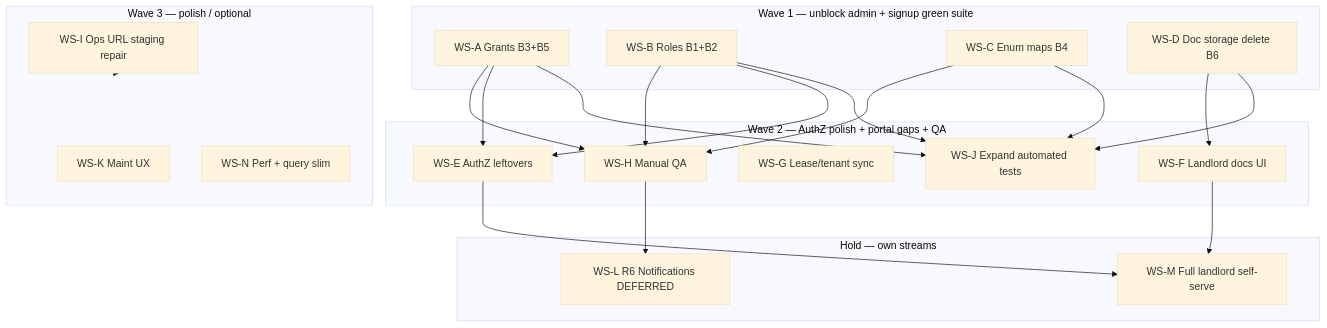
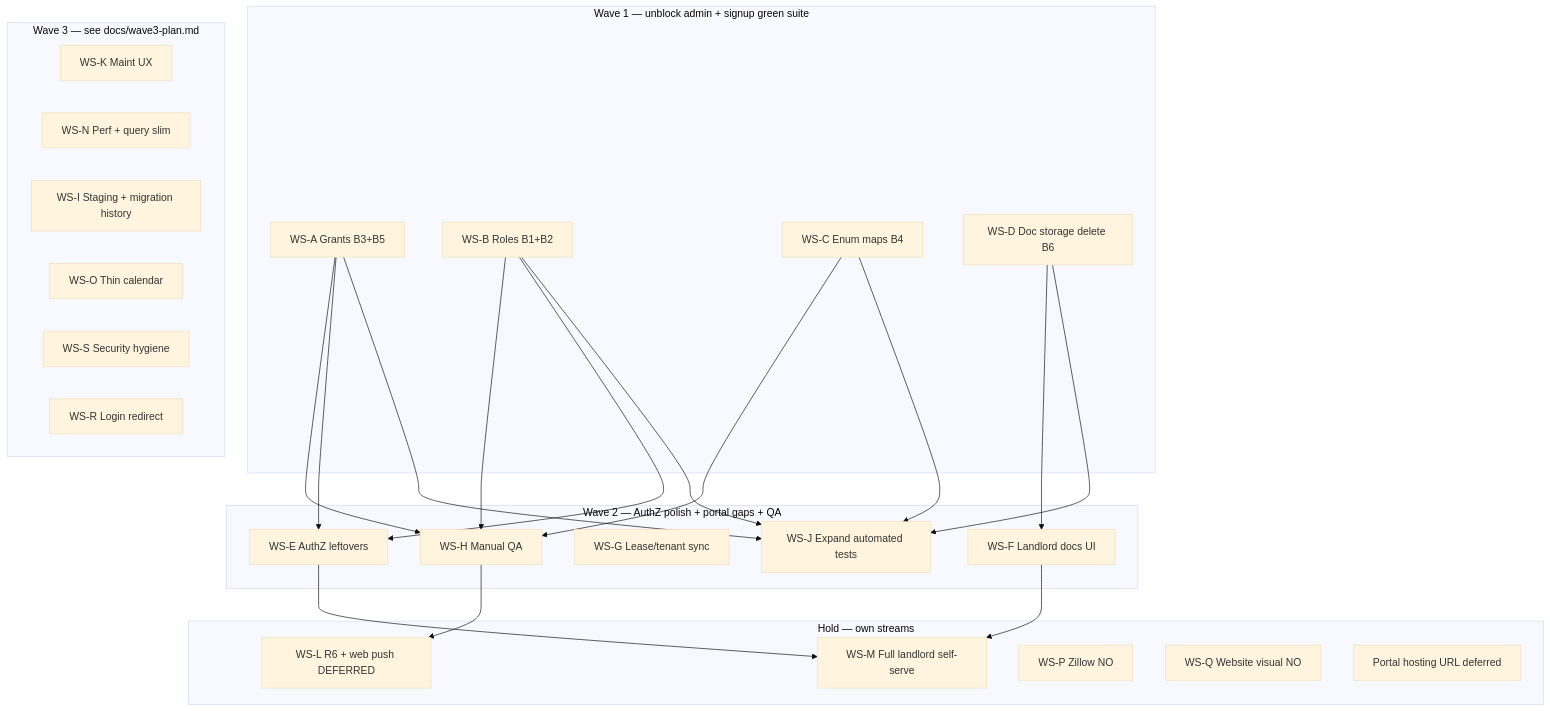
One commit to CharmZoned/Maintenance-App-Portal changed the diagram in docs/parallel-work-plan.md. Above: the diagram before and after it, drawn with Mermaid (base theme). The commit also changed other lines of this file and 2 other files, not shown here.

First line of the commit message:
docs: Wave 3 plan (I/K/N/O/S/R; hosting deferred) (#30)

````diff
--- a/docs/parallel-work-plan.md
+++ b/docs/parallel-work-plan.md
@@ -38,39 +38,44 @@
 ```mermaid
 flowchart TB
   subgraph W1["Wave 1 — unblock admin + signup green suite"]
     A[WS-A Grants B3+B5]
     B[WS-B Roles B1+B2]
     C[WS-C Enum maps B4]
     D[WS-D Doc storage delete B6]
   end
   subgraph W2["Wave 2 — AuthZ polish + portal gaps + QA"]
     E[WS-E AuthZ leftovers]
     F[WS-F Landlord docs UI]
     G[WS-G Lease/tenant sync]
     H[WS-H Manual QA]
     J[WS-J Expand automated tests]
   end
-  subgraph W3["Wave 3 — polish / optional"]
+  subgraph W3["Wave 3 — see docs/wave3-plan.md"]
     K[WS-K Maint UX]
     N[WS-N Perf + query slim]
-    I[WS-I Ops URL staging repair]
+    I[WS-I Staging + migration history]
+    O[WS-O Thin calendar]
+    S[WS-S Security hygiene]
+    R[WS-R Login redirect]
   end
   subgraph HOLD["Hold — own streams"]
-    L[WS-L R6 Notifications DEFERRED]
+    L[WS-L R6 + web push DEFERRED]
     M[WS-M Full landlord self-serve]
+    P[WS-P Zillow NO]
+    Q[WS-Q Website visual NO]
+    Host[Portal hosting URL deferred]
   end
   A --> H
   B --> H
   C --> H
   D --> F
   A --> E
   B --> E
   A --> J
   B --> J
   C --> J
   D --> J
   E --> M
   F --> M
   H --> L
-  I -.-> W3
 ```
````
